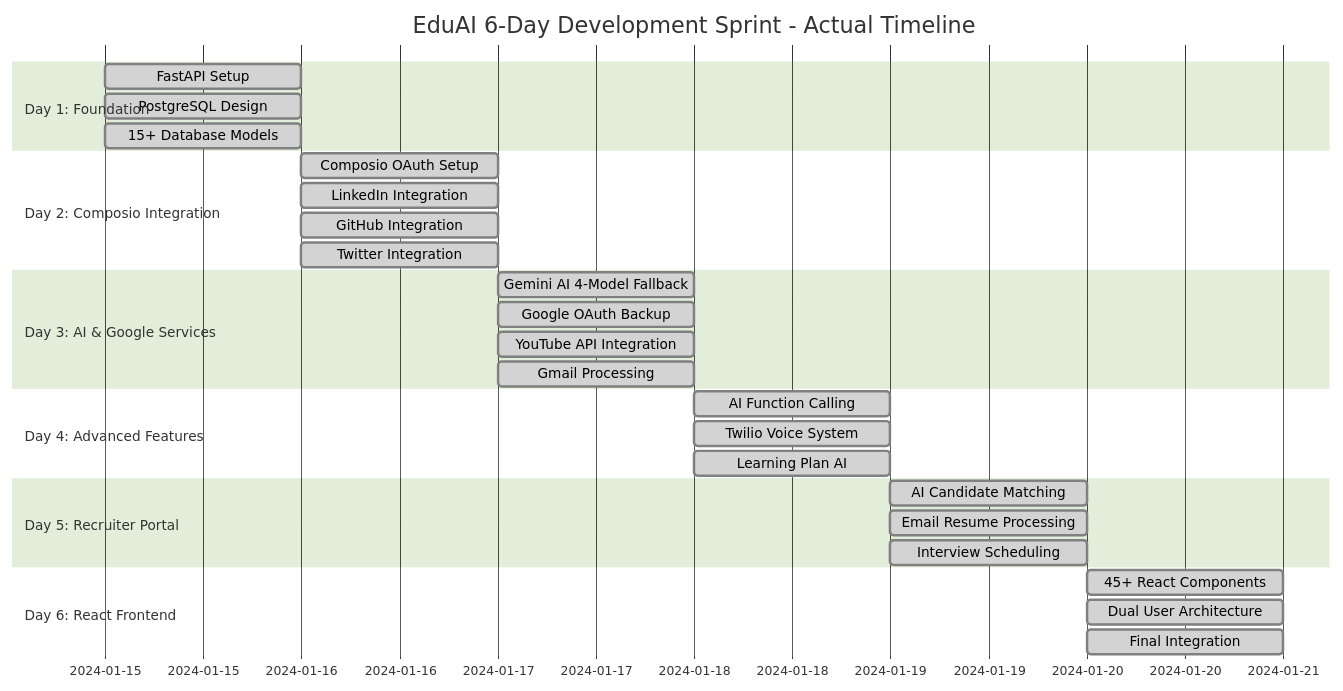
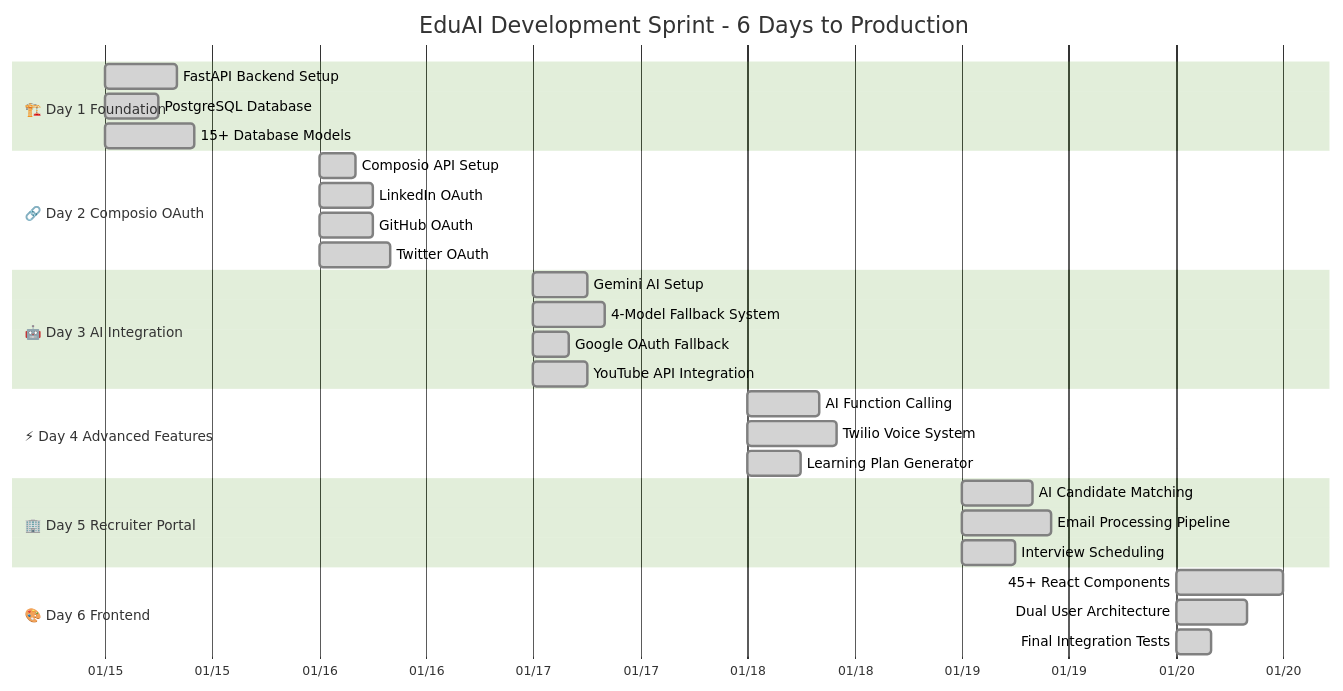
Before and after one commit to abhiabhi150614/learning-recruiter-platform: the first of 11 diagrams in FRICTION_LOG.md, drawn with Mermaid (forest theme). The commit also changed other lines of this file, not shown here.

````diff
--- a/FRICTION_LOG.md
+++ b/FRICTION_LOG.md
@@ -17,36 +19,38 @@
 ```mermaid
 gantt
-    title EduAI 6-Day Development Sprint - Actual Timeline
-    dateFormat  YYYY-MM-DD
-    section Day 1: Foundation
-    FastAPI Setup          :done, setup, 2024-01-15, 1d
-    PostgreSQL Design      :done, db, 2024-01-15, 1d
-    15+ Database Models    :done, models, 2024-01-15, 1d
+    title EduAI Development Sprint - 6 Days to Production
+    dateFormat YYYY-MM-DD
+    axisFormat %m/%d
     
-    section Day 2: Composio Integration
-    Composio OAuth Setup   :done, comp1, 2024-01-16, 1d
-    LinkedIn Integration   :done, linkedin, 2024-01-16, 1d
-    GitHub Integration     :done, github, 2024-01-16, 1d
-    Twitter Integration    :done, twitter, 2024-01-16, 1d
+    section 🏗️ Day 1 Foundation
+    FastAPI Backend Setup    :done, day1a, 2024-01-15, 8h
+    PostgreSQL Database      :done, day1b, 2024-01-15, 6h
+    15+ Database Models      :done, day1c, 2024-01-15, 10h
     
-    section Day 3: AI & Google Services
-    Gemini AI 4-Model Fallback :done, gemini, 2024-01-17, 1d
-    Google OAuth Backup    :done, google, 2024-01-17, 1d
-    YouTube API Integration :done, youtube, 2024-01-17, 1d
-    Gmail Processing       :done, gmail, 2024-01-17, 1d
+    section 🔗 Day 2 Composio OAuth
+    Composio API Setup       :done, day2a, 2024-01-16, 4h
+    LinkedIn OAuth           :done, day2b, 2024-01-16, 6h
+    GitHub OAuth             :done, day2c, 2024-01-16, 6h
+    Twitter OAuth            :done, day2d, 2024-01-16, 8h
     
-    section Day 4: Advanced Features
-    AI Function Calling    :done, func, 2024-01-18, 1d
-    Twilio Voice System    :done, twilio, 2024-01-18, 1d
-    Learning Plan AI       :done, learning, 2024-01-18, 1d
+    section 🤖 Day 3 AI Integration
+    Gemini AI Setup          :done, day3a, 2024-01-17, 6h
+    4-Model Fallback System  :done, day3b, 2024-01-17, 8h
+    Google OAuth Fallback    :done, day3c, 2024-01-17, 4h
+    YouTube API Integration  :done, day3d, 2024-01-17, 6h
     
-    section Day 5: Recruiter Portal
-    AI Candidate Matching  :done, match, 2024-01-19, 1d
-    Email Resume Processing :done, email, 2024-01-19, 1d
-    Interview Scheduling   :done, interview, 2024-01-19, 1d
+    section ⚡ Day 4 Advanced Features
+    AI Function Calling      :done, day4a, 2024-01-18, 8h
+    Twilio Voice System      :done, day4b, 2024-01-18, 10h
+    Learning Plan Generator  :done, day4c, 2024-01-18, 6h
     
-    section Day 6: React Frontend
-    45+ React Components   :done, react, 2024-01-20, 1d
-    Dual User Architecture :done, dual, 2024-01-20, 1d
-    Final Integration      :done, final, 2024-01-20, 1d
+    section 🏢 Day 5 Recruiter Portal
+    AI Candidate Matching    :done, day5a, 2024-01-19, 8h
+    Email Processing Pipeline :done, day5b, 2024-01-19, 10h
+    Interview Scheduling     :done, day5c, 2024-01-19, 6h
+    
+    section 🎨 Day 6 Frontend
+    45+ React Components     :done, day6a, 2024-01-20, 12h
+    Dual User Architecture   :done, day6b, 2024-01-20, 8h
+    Final Integration Tests  :done, day6c, 2024-01-20, 4h
 ```
````
